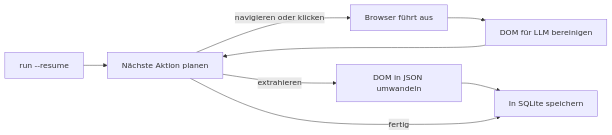
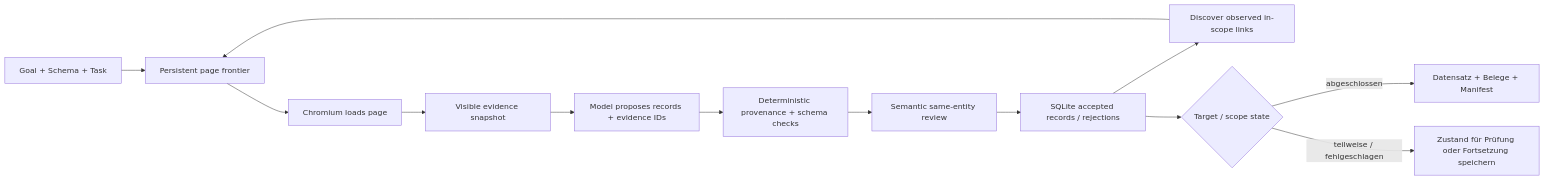
Before and after one commit to EmanueleTorrisi/verboisy: the diagram in .github/readme/README.de.md, drawn with Mermaid. The commit also changed other lines of this file, not shown here.

````diff
--- a/.github/readme/README.de.md
+++ b/.github/readme/README.de.md
@@ -191,10 +168,15 @@
 ```mermaid
 flowchart LR
-    F[run --resume] --> A
-    A[Nächste Aktion planen] -->|navigieren oder klicken| B[Browser führt aus]
-    A -->|extrahieren| C[DOM in JSON umwandeln]
-    B --> D[DOM für LLM bereinigen]
-    D --> A
-    C --> E[In SQLite speichern]
-    A -->|fertig| E
+    A[Goal + Schema + Task] --> B[Persistent page frontier]
+    B --> C[Chromium loads page]
+    C --> D[Visible evidence snapshot]
+    D --> E[Model proposes records + evidence IDs]
+    E --> F[Deterministic provenance + schema checks]
+    F --> G[Semantic same-entity review]
+    G --> H[SQLite accepted records / rejections]
+    H --> I[Discover observed in-scope links]
+    I --> B
+    H --> J{Target / scope state}
+    J -->|abgeschlossen| K[Datensatz + Belege + Manifest]
+    J -->|teilweise / fehlgeschlagen| L[Zustand für Prüfung oder Fortsetzung speichern]
 ```
````
